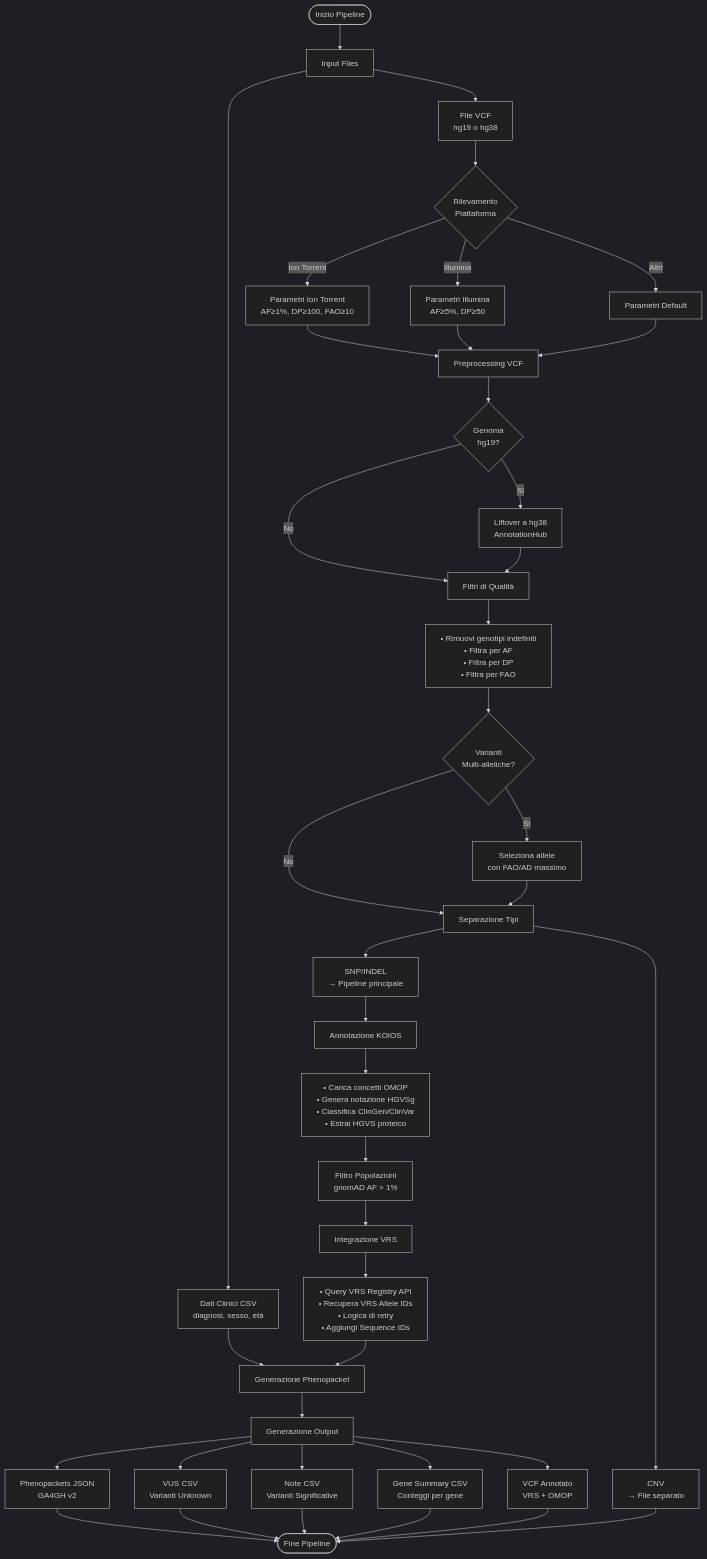
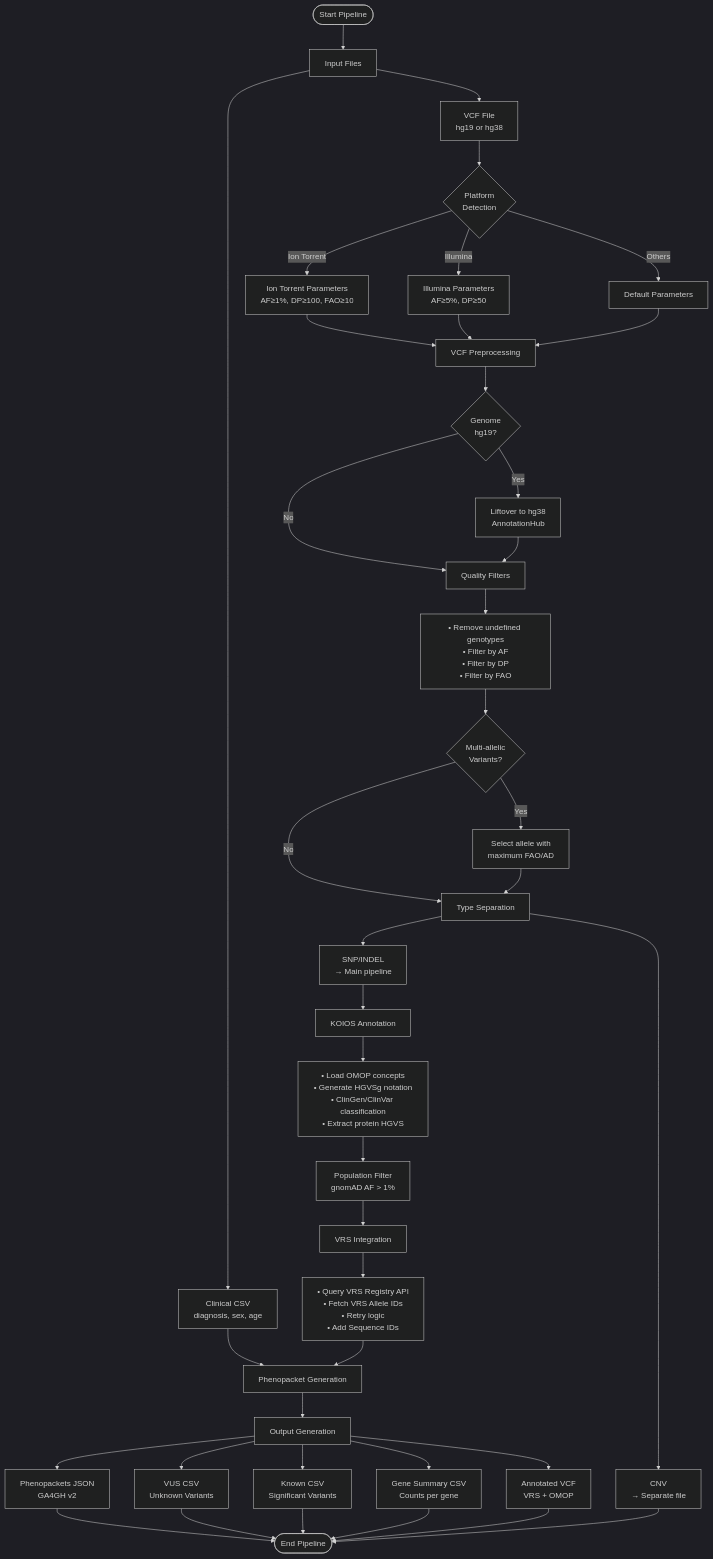
The first of 7 diagrams in FLOW_DIAGRAM.md (gbucci/koios_vrs), drawn with Mermaid (dark theme) before and after one commit. The commit also changed other lines of this file and 3 other files, not shown here.

First line of the commit message:
Translate flow diagram to English and rename 'Note' to 'Known'

````diff
--- a/FLOW_DIAGRAM.md
+++ b/FLOW_DIAGRAM.md
@@ -5,62 +5,62 @@
 ```mermaid
 flowchart TD
-    Start([Inizio Pipeline]) --> Input[Input Files]
+    Start([Start Pipeline]) --> Input[Input Files]
 
-    Input --> VCF[File VCF<br/>hg19 o hg38]
-    Input --> Clinical[Dati Clinici CSV<br/>diagnosi, sesso, età]
+    Input --> VCF[VCF File<br/>hg19 or hg38]
+    Input --> Clinical[Clinical CSV<br/>diagnosis, sex, age]
 
-    VCF --> PlatformDetect{Rilevamento<br/>Piattaforma}
+    VCF --> PlatformDetect{Platform<br/>Detection}
 
-    PlatformDetect -->|Ion Torrent| IonParams[Parametri Ion Torrent<br/>AF≥1%, DP≥100, FAO≥10]
-    PlatformDetect -->|Illumina| IllParams[Parametri Illumina<br/>AF≥5%, DP≥50]
-    PlatformDetect -->|Altri| DefaultParams[Parametri Default]
+    PlatformDetect -->|Ion Torrent| IonParams[Ion Torrent Parameters<br/>AF≥1%, DP≥100, FAO≥10]
+    PlatformDetect -->|Illumina| IllParams[Illumina Parameters<br/>AF≥5%, DP≥50]
+    PlatformDetect -->|Others| DefaultParams[Default Parameters]
 
     IonParams --> Preprocess
     IllParams --> Preprocess
     DefaultParams --> Preprocess
 
-    Preprocess[Preprocessing VCF] --> LiftCheck{Genoma<br/>hg19?}
+    Preprocess[VCF Preprocessing] --> LiftCheck{Genome<br/>hg19?}
 
-    LiftCheck -->|Sì| Liftover[Liftover a hg38<br/>AnnotationHub]
+    LiftCheck -->|Yes| Liftover[Liftover to hg38<br/>AnnotationHub]
     LiftCheck -->|No| QualFilter
-    Liftover --> QualFilter[Filtri di Qualità]
+    Liftover --> QualFilter[Quality Filters]
 
-    QualFilter --> FilterSteps[• Rimuovi genotipi indefiniti<br/>• Filtra per AF<br/>• Filtra per DP<br/>• Filtra per FAO]
+    QualFilter --> FilterSteps[• Remove undefined genotypes<br/>• Filter by AF<br/>• Filter by DP<br/>• Filter by FAO]
 
-    FilterSteps --> MultiAllelic{Varianti<br/>Multi-alleliche?}
+    FilterSteps --> MultiAllelic{Multi-allelic<br/>Variants?}
 
-    MultiAllelic -->|Sì| SelectBest[Seleziona allele<br/>con FAO/AD massimo]
+    MultiAllelic -->|Yes| SelectBest[Select allele with<br/>maximum FAO/AD]
     MultiAllelic -->|No| SeparateTypes
     SelectBest --> SeparateTypes
 
-    SeparateTypes[Separazione Tipi] --> SNP[SNP/INDEL<br/>→ Pipeline principale]
-    SeparateTypes --> CNV[CNV<br/>→ File separato]
+    SeparateTypes[Type Separation] --> SNP[SNP/INDEL<br/>→ Main pipeline]
+    SeparateTypes --> CNV[CNV<br/>→ Separate file]
 
-    SNP --> Annotation[Annotazione KOIOS]
+    SNP --> Annotation[KOIOS Annotation]
 
-    Annotation --> AnnotSteps[• Carica concetti OMOP<br/>• Genera notazione HGVSg<br/>• Classifica ClinGen/ClinVar<br/>• Estrai HGVS proteico]
+    Annotation --> AnnotSteps[• Load OMOP concepts<br/>• Generate HGVSg notation<br/>• ClinGen/ClinVar classification<br/>• Extract protein HGVS]
 
-    AnnotSteps --> PopFilter[Filtro Popolazioni<br/>gnomAD AF > 1%]
+    AnnotSteps --> PopFilter[Population Filter<br/>gnomAD AF > 1%]
 
-    PopFilter --> VRS[Integrazione VRS]
+    PopFilter --> VRS[VRS Integration]
 
-    VRS --> VRSSteps[• Query VRS Registry API<br/>• Recupera VRS Allele IDs<br/>• Logica di retry<br/>• Aggiungi Sequence IDs]
+    VRS --> VRSSteps[• Query VRS Registry API<br/>• Fetch VRS Allele IDs<br/>• Retry logic<br/>• Add Sequence IDs]
 
     Clinical --> Phenopacket
-    VRSSteps --> Phenopacket[Generazione Phenopacket]
+    VRSSteps --> Phenopacket[Phenopacket Generation]
 
-    Phenopacket --> Outputs[Generazione Output]
+    Phenopacket --> Outputs[Output Generation]
 
     Outputs --> JSON[Phenopackets JSON<br/>GA4GH v2]
-    Outputs --> VUS[VUS CSV<br/>Varianti Unknown]
-    Outputs --> Note[Note CSV<br/>Varianti Significative]
-    Outputs --> GeneSummary[Gene Summary CSV<br/>Conteggi per gene]
-    Outputs --> AnnotVCF[VCF Annotato<br/>VRS + OMOP]
+    Outputs --> VUS[VUS CSV<br/>Unknown Variants]
+    Outputs --> Known[Known CSV<br/>Significant Variants]
+    Outputs --> GeneSummary[Gene Summary CSV<br/>Counts per gene]
+    Outputs --> AnnotVCF[Annotated VCF<br/>VRS + OMOP]
 
-    JSON --> End([Fine Pipeline])
+    JSON --> End([End Pipeline])
     VUS --> End
-    Note --> End
+    Known --> End
     GeneSummary --> End
     AnnotVCF --> End
     CNV --> End
 ```
````
